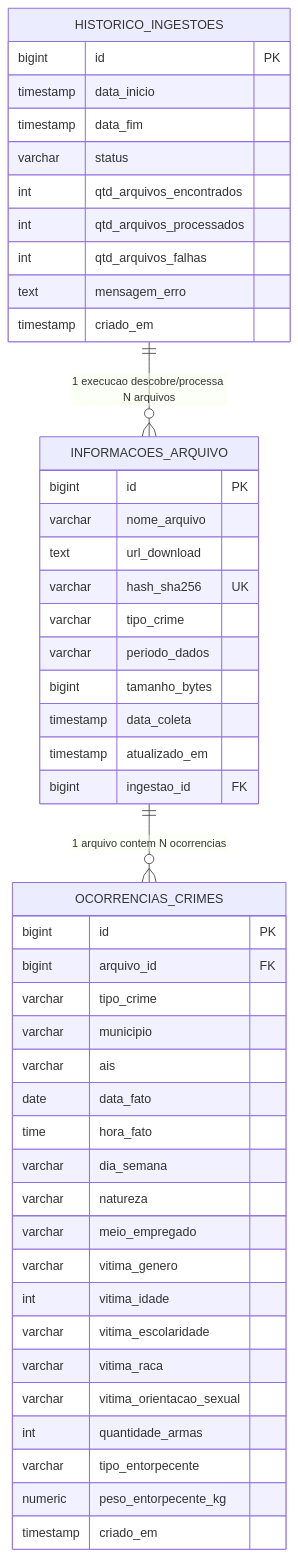
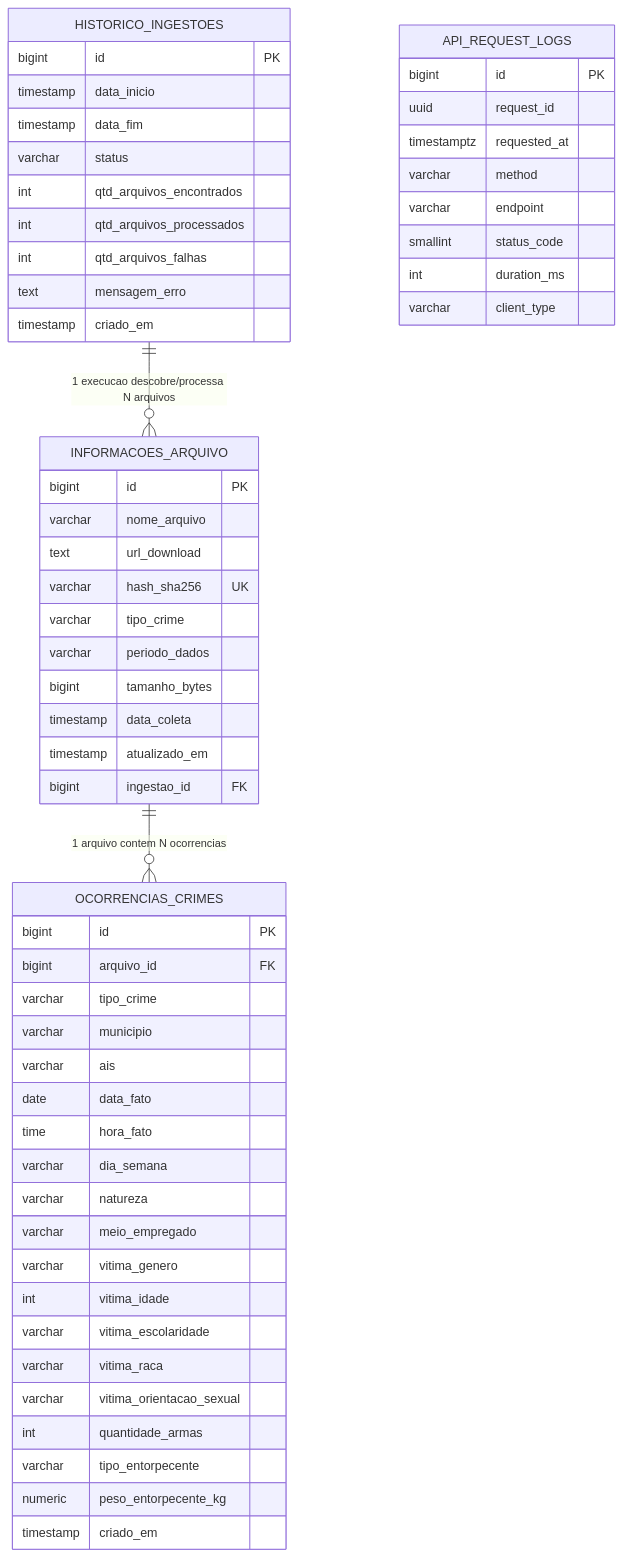
One commit to lucaspbds/api_sspds changed the diagram in docs/database.md. Above: the diagram before and after it, drawn with Mermaid. The commit also changed other lines of this file, not shown here.

Commit message:
feat(models): adiciona tabela api_request_logs com RLS e indices

````diff
--- a/docs/database.md
+++ b/docs/database.md
@@ -18,52 +18,63 @@
 ```mermaid
 erDiagram
     HISTORICO_INGESTOES ||--o{ INFORMACOES_ARQUIVO : "1 execucao descobre/processa N arquivos"
     INFORMACOES_ARQUIVO ||--o{ OCORRENCIAS_CRIMES : "1 arquivo contem N ocorrencias"
 
     HISTORICO_INGESTOES {
         bigint id PK
         timestamp data_inicio
         timestamp data_fim
         varchar status
         int qtd_arquivos_encontrados
         int qtd_arquivos_processados
         int qtd_arquivos_falhas
         text mensagem_erro
         timestamp criado_em
     }
 
     INFORMACOES_ARQUIVO {
         bigint id PK
         varchar nome_arquivo
         text url_download
         varchar hash_sha256 UK
         varchar tipo_crime
         varchar periodo_dados
         bigint tamanho_bytes
         timestamp data_coleta
         timestamp atualizado_em
         bigint ingestao_id FK
     }
 
     OCORRENCIAS_CRIMES {
         bigint id PK
         bigint arquivo_id FK
         varchar tipo_crime
         varchar municipio
         varchar ais
         date data_fato
         time hora_fato
         varchar dia_semana
         varchar natureza
         varchar meio_empregado
         varchar vitima_genero
         int vitima_idade
         varchar vitima_escolaridade
         varchar vitima_raca
         varchar vitima_orientacao_sexual
         int quantidade_armas
         varchar tipo_entorpecente
         numeric peso_entorpecente_kg
         timestamp criado_em
     }
+
+    API_REQUEST_LOGS {
+        bigint id PK
+        uuid request_id
+        timestamptz requested_at
+        varchar method
+        varchar endpoint
+        smallint status_code
+        int duration_ms
+        varchar client_type
+    }
 ```
````
